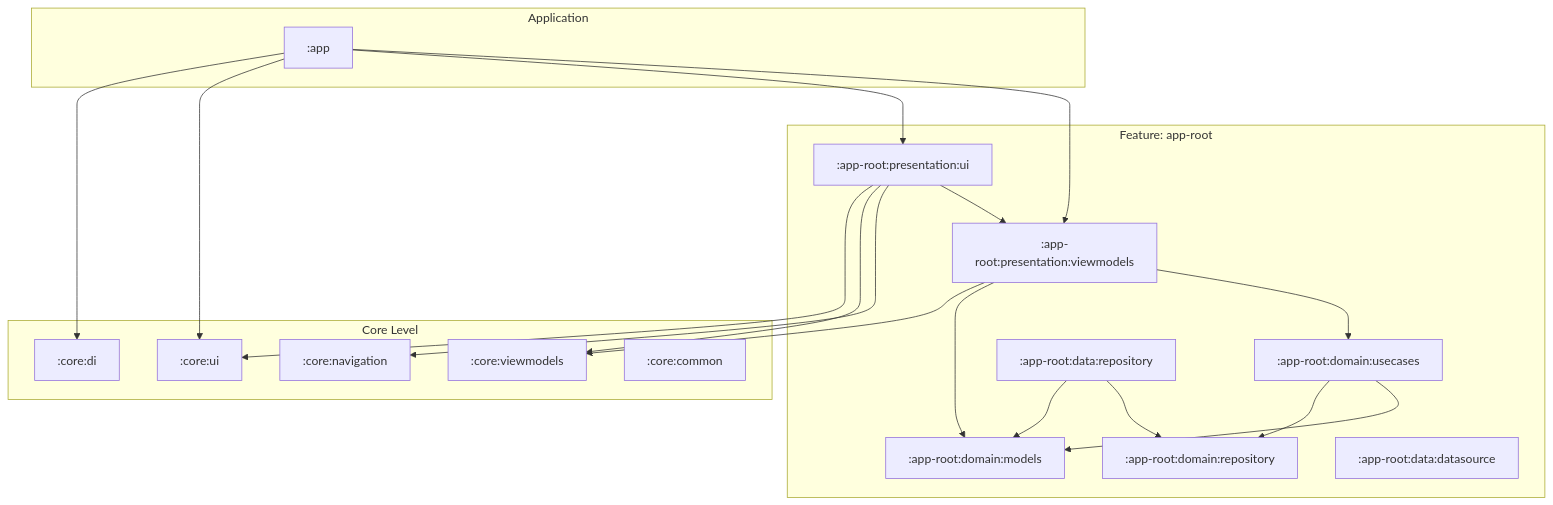
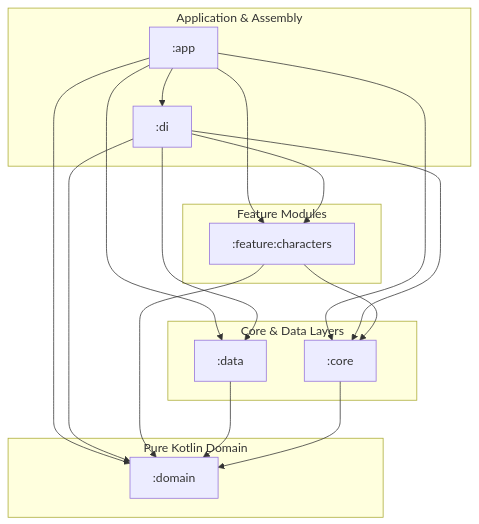
The diagram in README.md (davcres/rick-and-morty), drawn with Mermaid before and after one commit. The commit also changed other lines of this file and 110 other files, not shown here.

````diff
--- a/README.md
+++ b/README.md
@@ -26,46 +35,40 @@
 ```mermaid
 graph TD
-    subgraph App_Level [Application]
+    subgraph App_Layer [Application & Assembly]
         APP[:app]
+        DI[:di]
     end
 
-    subgraph Core_Level [Core Level]
-        core_di[:core:di]
-        core_nav[:core:navigation]
-        core_ui[:core:ui]
-        core_vmb[:core:viewmodels]
-        core_com[:core:common]
+    subgraph Feature_Layer [Feature Modules]
+        FEAT_CHAR[:feature:characters]
     end
 
-    subgraph Feature_AppRoot [Feature: app-root]
-        root_ui[:app-root:presentation:ui]
-        root_vm[:app-root:presentation:viewmodels]
-        root_uc[:app-root:domain:usecases]
-        root_repo[:app-root:domain:repository]
-        root_models[:app-root:domain:models]
-        root_data[:app-root:data:repository]
-        root_ds[:app-root:data:datasource]
+    subgraph Core_Data_Layers [Core & Data Layers]
+        CORE[:core]
+        DATA[:data]
     end
 
-    %% APP Dependencies
-    APP --> core_di
-    APP --> core_ui
-    APP --> root_ui
-    APP --> root_vm
+    subgraph Domain_Layer [Pure Kotlin Domain]
+        DOMAIN[:domain]
+    end
 
-    %% App-Root Flow
-    root_ui --> core_ui
-    root_ui --> core_vmb
-    root_ui --> core_nav
-    root_ui --> root_vm
+    %% App & DI wiring
+    APP --> DI
+    APP --> FEAT_CHAR
+    APP --> CORE
+    APP --> DATA
+    APP --> DOMAIN
 
-    root_vm --> core_vmb
-    root_vm --> root_models
-    root_vm --> root_uc
+    DI --> FEAT_CHAR
+    DI --> DATA
+    DI --> DOMAIN
+    DI --> CORE
 
-    root_uc --> root_repo
-    root_uc --> root_models
+    %% Feature dependencies
+    FEAT_CHAR --> CORE
+    FEAT_CHAR --> DOMAIN
 
-    root_data --> root_models
-    root_data --> root_repo
+    %% Data & Core dependencies
+    DATA --> DOMAIN
+    CORE --> DOMAIN
 ```
````
